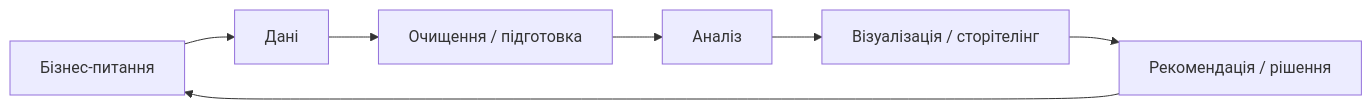
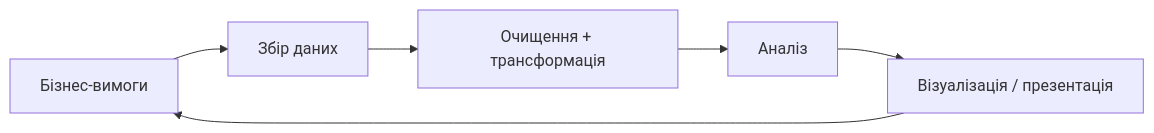
The second of 3 diagrams in konspekty/modul-01/01-hto-takyi-data-analityk.md (ValieriiaNovosad/genius-test), drawn with Mermaid before and after one commit. The commit also changed other lines of this file and 4 other files, not shown here.

````diff
--- a/konspekty/modul-01/01-hto-takyi-data-analityk.md
+++ b/konspekty/modul-01/01-hto-takyi-data-analityk.md
@@ -129,9 +82,8 @@
 ```mermaid
 flowchart LR
-  Q[Бізнес-питання] --> D[Дані]
-  D --> C[Очищення / підготовка]
-  C --> A[Аналіз]
-  A --> V[Візуалізація / сторітелінг]
-  V --> R[Рекомендація / рішення]
-  R --> Q
+  R[Бізнес-вимоги] --> C[Збір даних]
+  C --> T[Очищення + трансформація]
+  T --> A[Аналіз]
+  A --> V[Візуалізація / презентація]
+  V --> R
 ```
````
